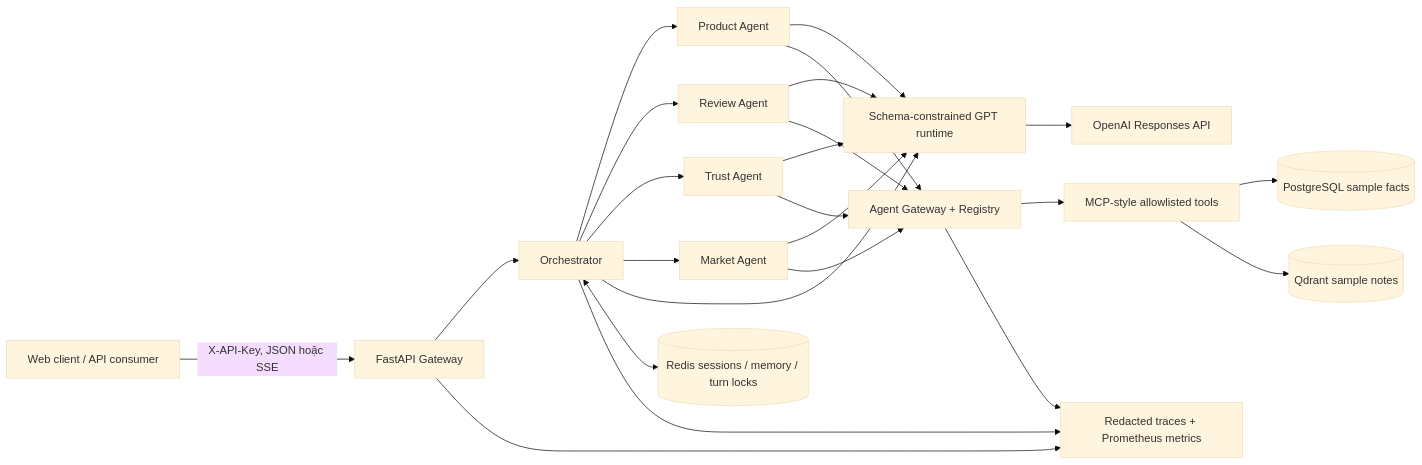
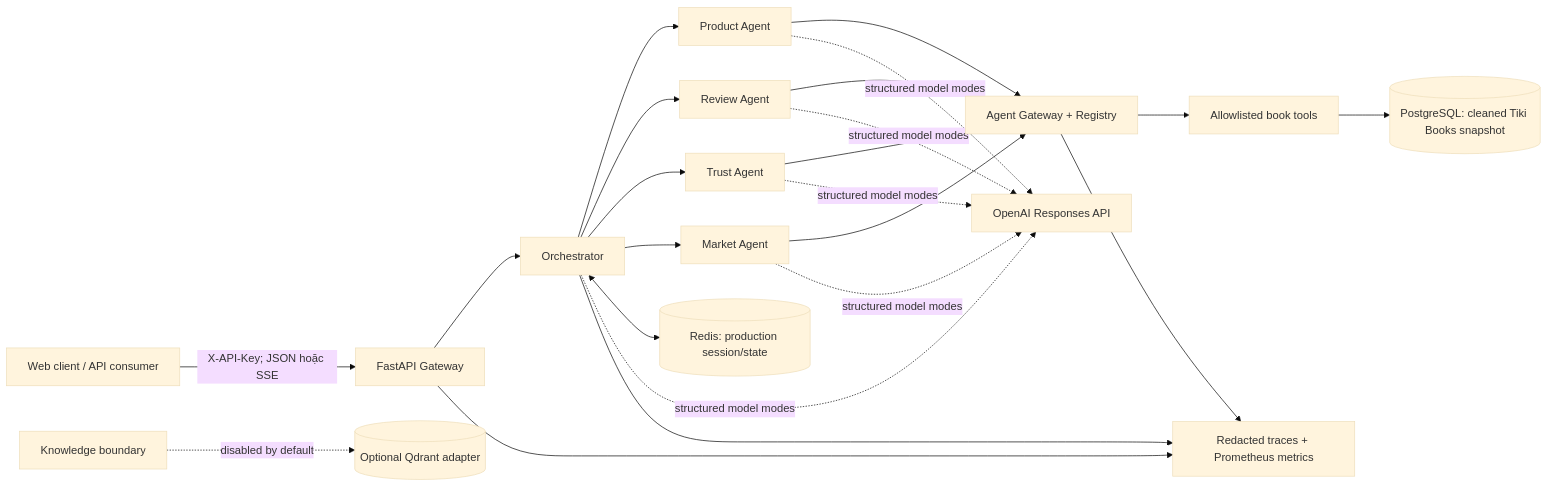
One commit to Thanh281105/multi-agent-system changed the diagram in README.md. Above: the diagram before and after it, drawn with Mermaid (base theme). The commit also changed other lines of this file and 9 other files, not shown here.

First line of the commit message:
docs: document the cleaned Tiki Books lifecycle

````diff
--- a/README.md
+++ b/README.md
@@ -23,17 +23,16 @@
 ```mermaid
 flowchart LR
-    U[Web client / API consumer] -->|X-API-Key, JSON hoặc SSE| G[FastAPI Gateway]
+    U[Web client / API consumer] -->|X-API-Key; JSON hoặc SSE| G[FastAPI Gateway]
     G --> O[Orchestrator]
     O --> P[Product Agent]
     O --> R[Review Agent]
     O --> T[Trust Agent]
     O --> M[Market Agent]
-    O & P & R & T & M --> L[Schema-constrained GPT runtime]
-    L --> OA[OpenAI Responses API]
     P & R & T & M --> AG[Agent Gateway + Registry]
-    AG --> MCP[MCP-style allowlisted tools]
-    MCP --> PG[(PostgreSQL sample facts)]
-    MCP --> Q[(Qdrant sample notes)]
-    O <--> RS[(Redis sessions / memory / turn locks)]
+    AG --> TOOLS[Allowlisted book tools]
+    TOOLS --> PG[(PostgreSQL: cleaned Tiki Books snapshot)]
+    O <--> RS[(Redis: production session/state)]
+    O & P & R & T & M -. structured model modes .-> L[OpenAI Responses API]
     G & O & AG --> OBS[Redacted traces + Prometheus metrics]
+    K[Knowledge boundary] -. disabled by default .-> Q[(Optional Qdrant adapter)]
 ```
````
